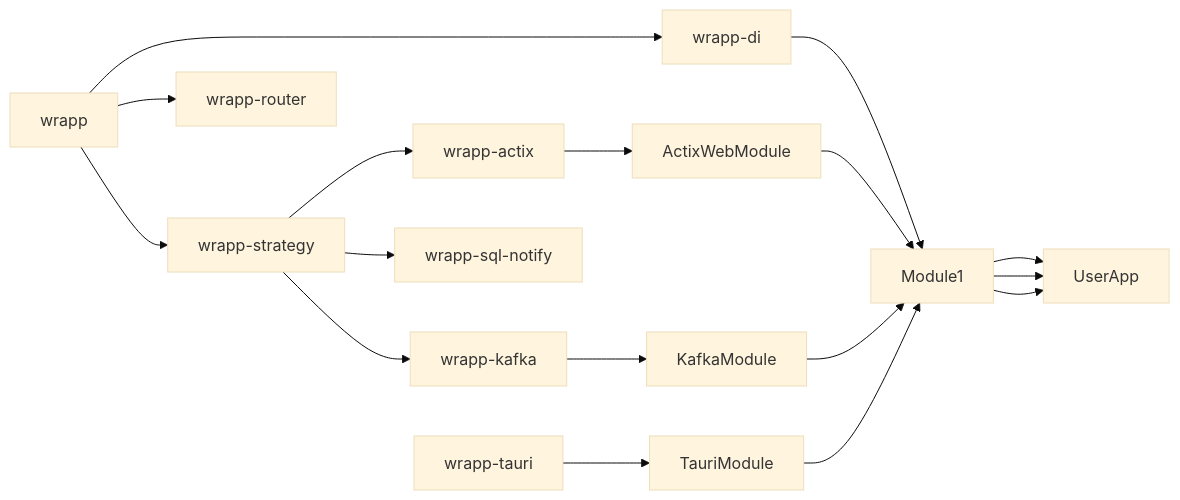
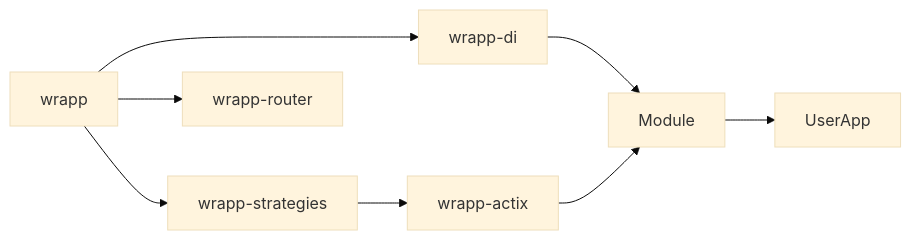
One commit to Aderinom/Wrapp changed the diagram in readme.md. Above: the diagram before and after it, drawn with Mermaid (base theme). The commit also changed other lines of this file and 44 other files, not shown here.

````diff
--- a/readme.md
+++ b/readme.md
@@ -63,19 +31,9 @@
 ```mermaid
 graph LR;
-
-wrapp --> wrapp-di
-wrapp --> wrapp-strategy
-wrapp --> wrapp-router
-
-wrapp-strategy --> wrapp-kafka
-wrapp-strategy --> wrapp-actix
-wrapp-strategy --> wrapp-sql-notify
-
-
-
-wrapp-di --> Module1
-wrapp-actix --> ActixWebModule --> Module1 --> UserApp
-wrapp-kafka --> KafkaModule --> Module1 --> UserApp
-wrapp-tauri --> TauriModule --> Module1 --> UserApp
-
+  wrapp --> wrapp-di
+  wrapp --> wrapp-strategies
+  wrapp --> wrapp-router
+  wrapp-strategies --> wrapp-actix
+  wrapp-di --> Module --> UserApp
+  wrapp-actix --> Module
 ```
````
